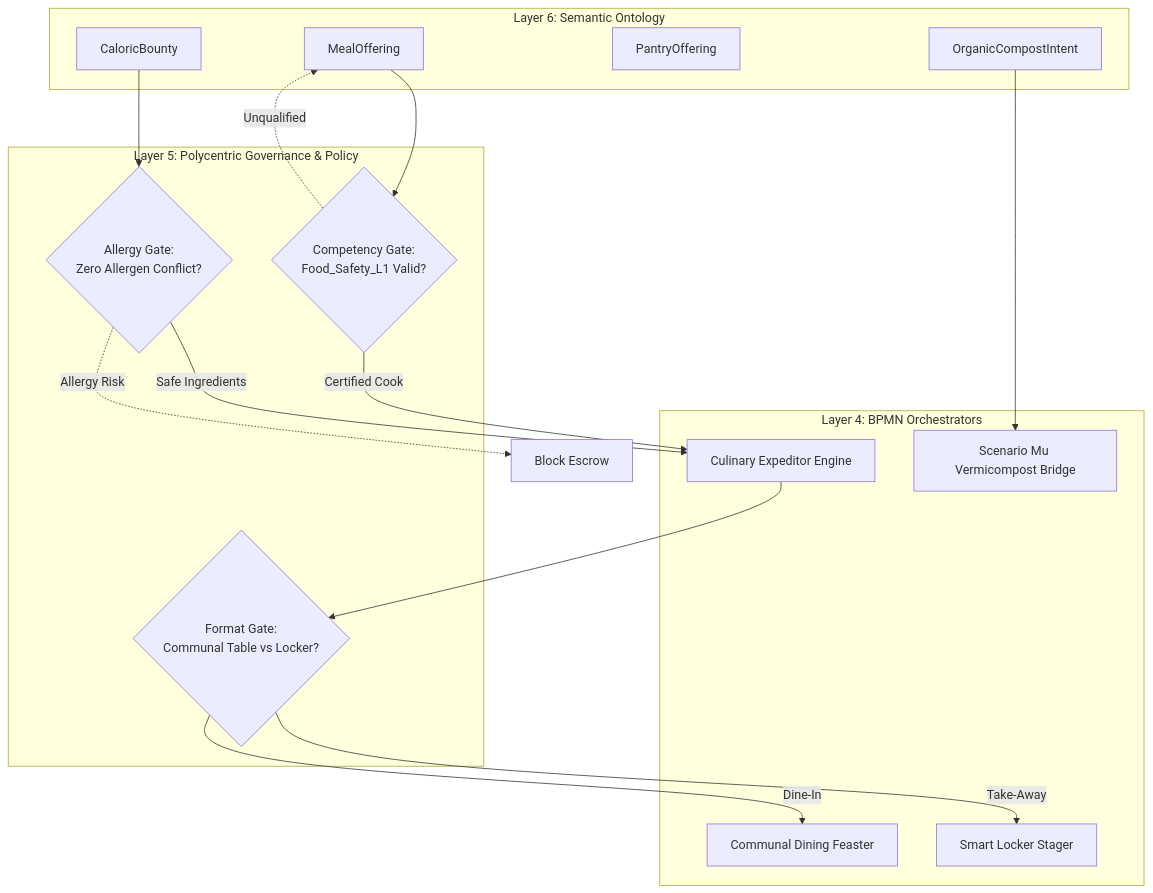
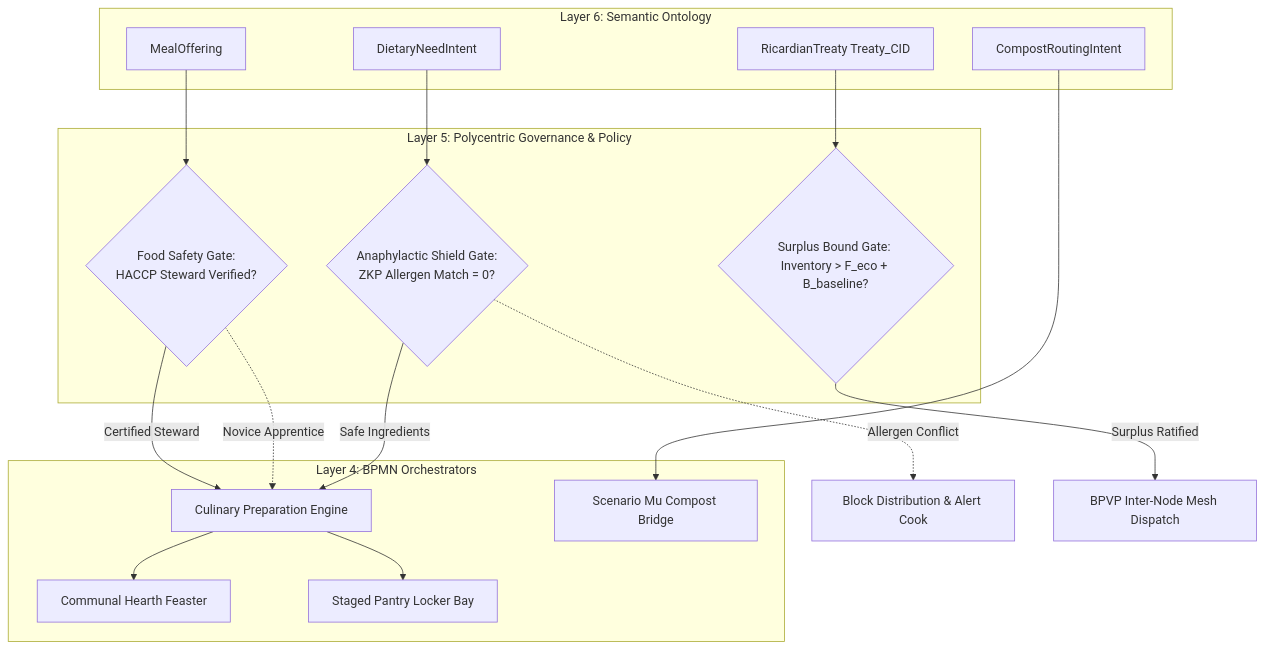
Before and after one commit to raffaine/collective: the third of 4 diagrams in docs/scenarios/gamma_kitchen.md, drawn with Mermaid. The commit also changed other lines of this file and 23 other files, not shown here.

````diff
--- a/docs/scenarios/gamma_kitchen.md
+++ b/docs/scenarios/gamma_kitchen.md
@@ -121,36 +139,38 @@
 ```mermaid
 graph TD
     subgraph Layer 6: Semantic Ontology
         L6_Meal[MealOffering]
-        L6_Bounty[CaloricBounty]
-        L6_Pantry[PantryOffering]
-        L6_Compost[OrganicCompostIntent]
+        L6_Need[DietaryNeedIntent]
+        L6_Treaty[RicardianTreaty Treaty_CID]
+        L6_Compost[CompostRoutingIntent]
     end
 
     subgraph Layer 5: Polycentric Governance & Policy
-        P_Skill{Competency Gate: <br>Food_Safety_L1 Valid?}
-        P_Allergy{Allergy Gate: <br>Zero Allergen Conflict?}
-        P_Format{Format Gate: <br>Communal Table vs Locker?}
+        P_Allergy{Anaphylactic Shield Gate: <br>ZKP Allergen Match = 0?}
+        P_Floor{Surplus Bound Gate: <br>Inventory > F_eco + B_baseline?}
+        P_Skill{Food Safety Gate: <br>HACCP Steward Verified?}
     end
 
     subgraph Layer 4: BPMN Orchestrators
-        BPMN_Cook[Culinary Expeditor Engine]
-        BPMN_Communal[Communal Dining Feaster]
-        BPMN_Locker[Smart Locker Stager]
-        BPMN_Mu[Scenario Mu Vermicompost Bridge]
+        BPMN_Cook[Culinary Preparation Engine]
+        BPMN_Hearth[Communal Hearth Feaster]
+        BPMN_Locker[Staged Pantry Locker Bay]
+        BPMN_Mu[Scenario Mu Compost Bridge]
     end
 
     L6_Meal --> P_Skill
-    P_Skill -->|Certified Cook| BPMN_Cook
-    P_Skill -.->|Unqualified| L6_Meal
+    P_Skill -->|Certified Steward| BPMN_Cook
+    P_Skill -.->|Novice Apprentice| BPMN_Cook
 
-    BPMN_Cook --> P_Format
-    P_Format -->|Dine-In| BPMN_Communal
-    P_Format -->|Take-Away| BPMN_Locker
+    BPMN_Cook --> BPMN_Hearth
+    BPMN_Cook --> BPMN_Locker
 
-    L6_Bounty --> P_Allergy
+    L6_Need --> P_Allergy
     P_Allergy -->|Safe Ingredients| BPMN_Cook
-    P_Allergy -.->|Allergy Risk| Reject[Block Escrow]
+    P_Allergy -.->|Allergen Conflict| Reject[Block Distribution & Alert Cook]
+
+    L6_Treaty --> P_Floor
+    P_Floor -->|Surplus Ratified| BPVP_Export[BPVP Inter-Node Mesh Dispatch]
 
     L6_Compost --> BPMN_Mu
 ```
````
